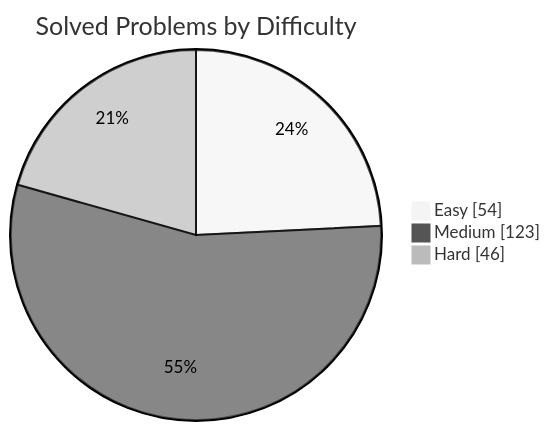
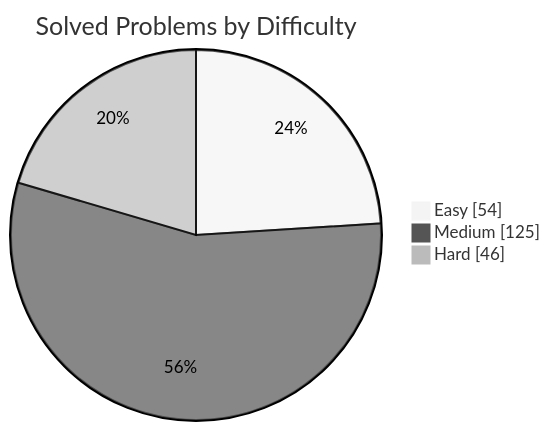
The first of 2 diagrams in README.md (manikantbindass/DSA-Preparation-FAANG), drawn with Mermaid (neutral theme) before and after one commit. The commit also changed other lines of this file and 1 other file, not shown here.

````diff
--- a/README.md
+++ b/README.md
@@ -40,7 +40,7 @@
 ```mermaid
 pie showData
     title Solved Problems by Difficulty
     "Easy" : 54
-    "Medium" : 123
+    "Medium" : 125
     "Hard" : 46
 ```
````
